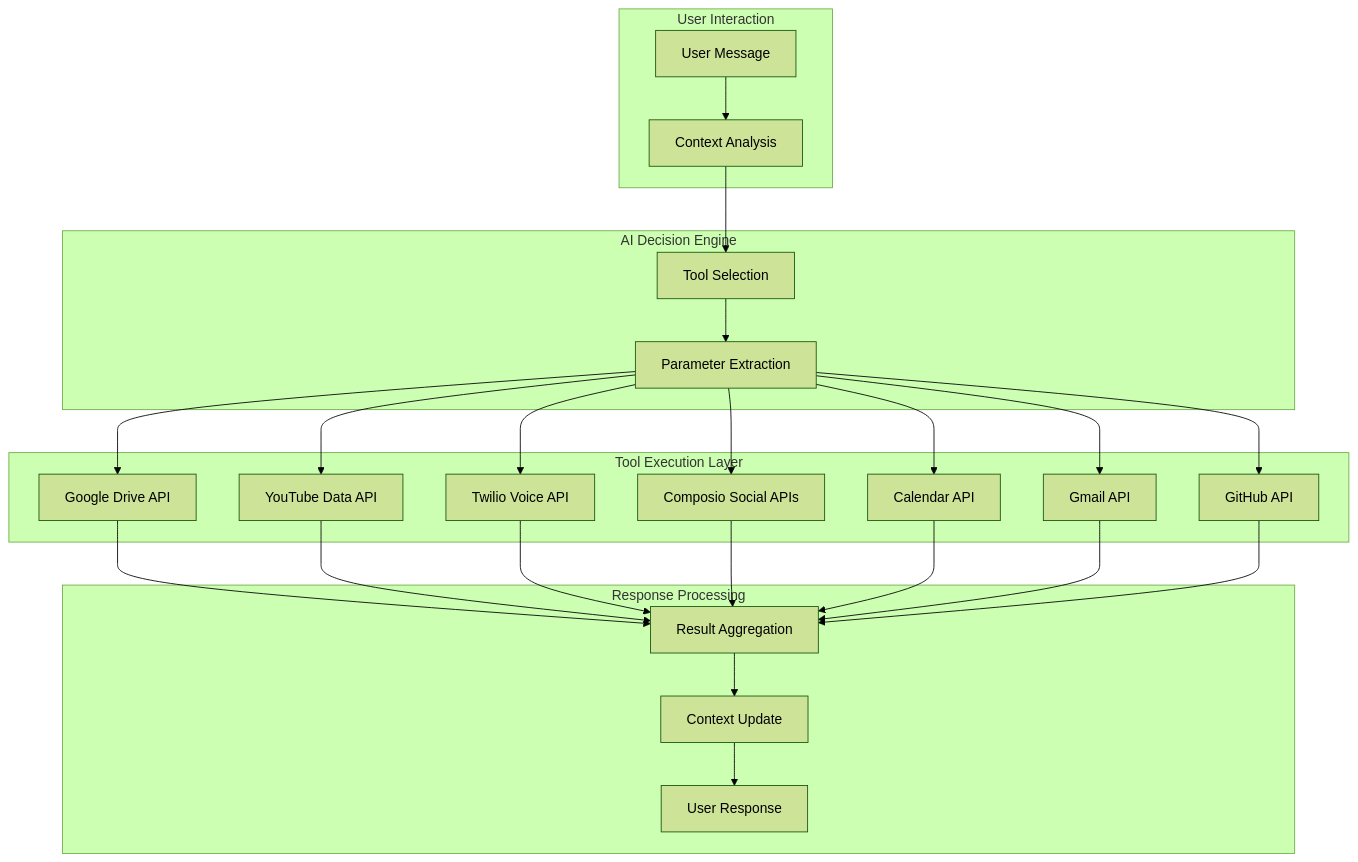
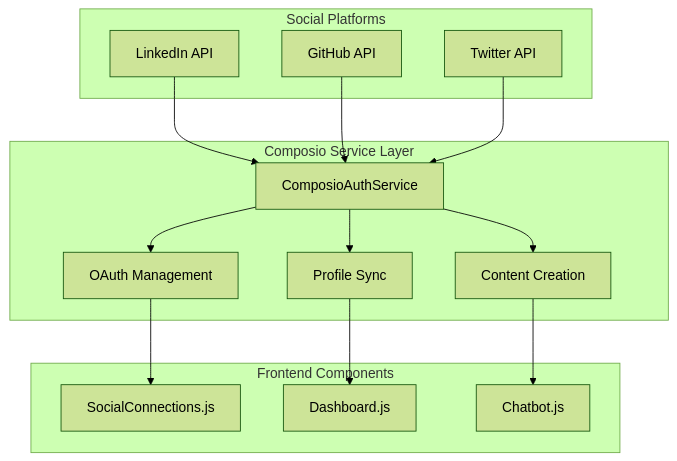
One commit to abhiabhi150614/video-pop-up-for-steaming changed the ninth of 24 diagrams in README.md. Above: the diagram before and after it, drawn with Mermaid (forest theme). The commit also changed other lines of this file, not shown here.

````diff
--- a/README.md
+++ b/README.md
@@ -404,48 +461,31 @@
 ```mermaid
-flowchart TD
-    subgraph "User Interaction"
-        A[User Message]
-        B[Context Analysis]
+flowchart TB
+    subgraph "Social Platforms"
+        LI[LinkedIn API]
+        GH[GitHub API]
+        TW[Twitter API]
     end
     
-    subgraph "AI Decision Engine"
-        C[Tool Selection]
-        D[Parameter Extraction]
+    subgraph "Composio Service Layer"
+        CS[ComposioAuthService]
+        AUTH[OAuth Management]
+        PROF[Profile Sync]
+        CONT[Content Creation]
     end
     
-    subgraph "Tool Execution Layer"
-        E[Google Drive API]
-        F[YouTube Data API]
-        G[Twilio Voice API]
-        H[Composio Social APIs]
-        I[Calendar API]
-        J[Gmail API]
-        K[GitHub API]
+    subgraph "Frontend Components"
+        SC[SocialConnections.js]
+        DASH[Dashboard.js]
+        CHAT[Chatbot.js]
     end
     
-    subgraph "Response Processing"
-        L[Result Aggregation]
-        M[Context Update]
-        N[User Response]
-    end
-    
-    A --> B
-    B --> C
-    C --> D
-    D --> E
-    D --> F
-    D --> G
-    D --> H
-    D --> I
-    D --> J
-    D --> K
-    E --> L
-    F --> L
-    G --> L
-    H --> L
-    I --> L
-    J --> L
-    K --> L
-    L --> M
-    M --> N
+    LI --> CS
+    GH --> CS
+    TW --> CS
+    CS --> AUTH
+    CS --> PROF
+    CS --> CONT
+    AUTH --> SC
+    PROF --> DASH
+    CONT --> CHAT
 ```
````
